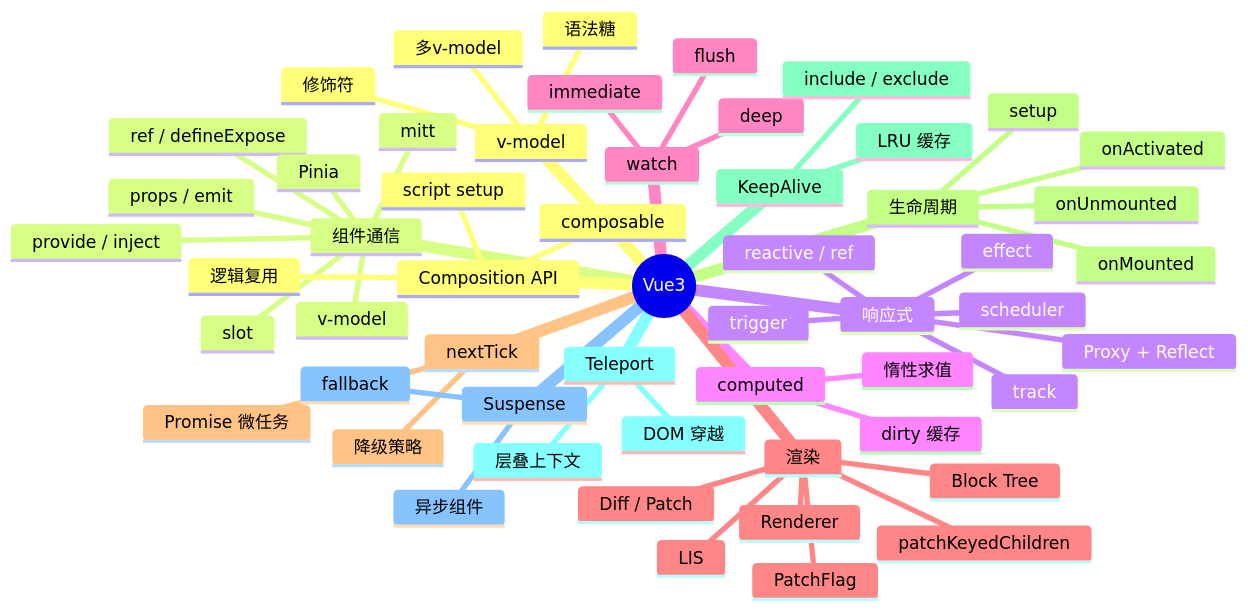
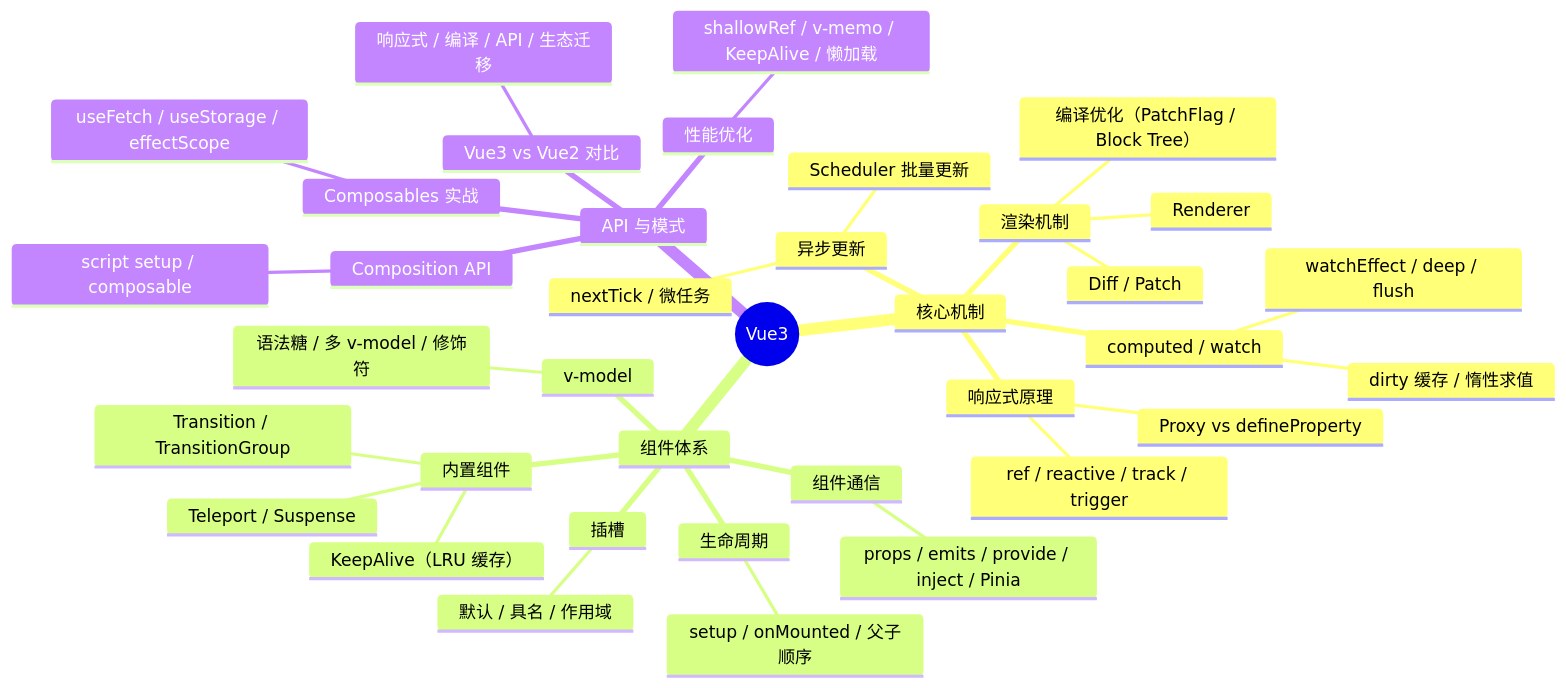
The diagram in docs/Vue3/index.md (zjh42139/interview-notes), drawn with Mermaid before and after one commit. The commit also changed other lines of this file and 4 other files, not shown here.

First line of the commit message:
refactor: 知识地图全量整理——4模块mindmap缩并+学习顺序修正

````diff
--- a/docs/Vue3/index.md
+++ b/docs/Vue3/index.md
@@ -13,58 +13,40 @@
 ```mermaid
 mindmap
   root((Vue3))
-    v-model
-      语法糖
-      多v-model
-      修饰符
-    组件通信
-      props / emit
+    核心机制
+      响应式原理
+        Proxy vs defineProperty
+        ref / reactive / track / trigger
+      computed / watch
+        dirty 缓存 / 惰性求值
+        watchEffect / deep / flush
+      异步更新
+        nextTick / 微任务
+        Scheduler 批量更新
+      渲染机制
+        Diff / Patch
+        Renderer
+        编译优化（PatchFlag / Block Tree）
+    组件体系
+      组件通信
+        props / emits / provide / inject / Pinia
       v-model
-      ref / defineExpose
-      provide / inject
-      slot
-      Pinia
-      mitt
-    响应式
-      Proxy + Reflect
-      reactive / ref
-      effect
-      track
-      trigger
-      scheduler
-    computed
-      dirty 缓存
-      惰性求值
-    watch
-      deep
-      immediate
-      flush
-    渲染
-      Renderer
-      Diff / Patch
-      patchKeyedChildren
-      LIS
-      Block Tree
-      PatchFlag
-    nextTick
-      Promise 微任务
-      降级策略
-    生命周期
-      setup
-      onMounted
-      onUnmounted
-      onActivated
-    KeepAlive
-      LRU 缓存
-      include / exclude
-    Teleport
-      DOM 穿越
-      层叠上下文
-    Suspense
-      异步组件
-      fallback
-    Composition API
-      composable
-      script setup
-      逻辑复用
+        语法糖 / 多 v-model / 修饰符
+      插槽
+        默认 / 具名 / 作用域
+      生命周期
+        setup / onMounted / 父子顺序
+      内置组件
+        KeepAlive（LRU 缓存）
+        Teleport / Suspense
+        Transition / TransitionGroup
+    API 与模式
+      Composition API
+        script setup / composable
+      Composables 实战
+        useFetch / useStorage / effectScope
+      Vue3 vs Vue2 对比
+        响应式 / 编译 / API / 生态迁移
+      性能优化
+        shallowRef / v-memo / KeepAlive / 懒加载
 ```
````
